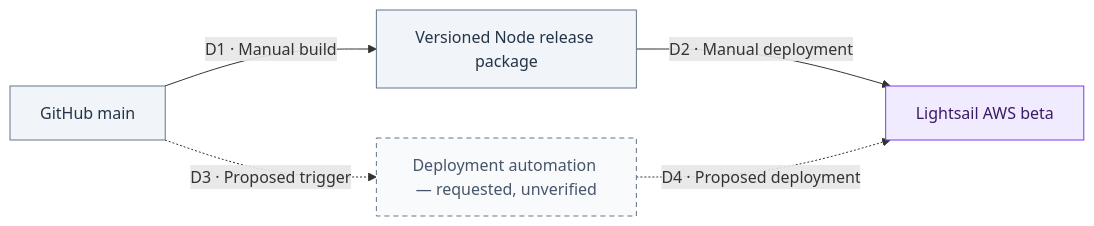
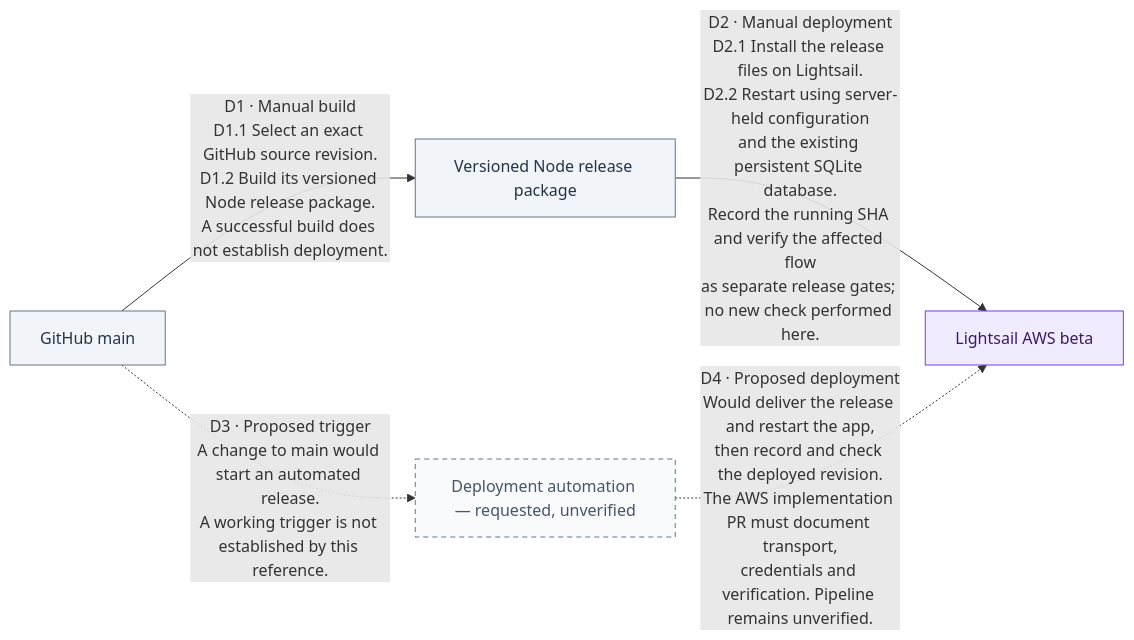
One commit to HewieTran/forrest-runs changed the second of 2 diagrams in docs/architecture.md. Above: the diagram before and after it, drawn with Mermaid. The commit also changed other lines of this file, not shown here.

Commit message:
docs: embed flow explanations inside architecture diagrams

````diff
--- a/docs/architecture.md
+++ b/docs/architecture.md
@@ -162,19 +186,33 @@
 ```mermaid
 flowchart LR
     source["GitHub main"]
     bundle["Versioned Node release package"]
     beta["Lightsail AWS beta"]
     automation["Deployment automation — requested, unverified"]
 
-    source -->|"D1 · Manual build"| bundle
-    bundle -->|"D2 · Manual deployment"| beta
-    source -.->|"D3 · Proposed trigger"| automation
-    automation -.->|"D4 · Proposed deployment"| beta
+    source -->|"`D1 · Manual build
+D1.1 Select an exact GitHub source revision.
+D1.2 Build its versioned Node release package.
+A successful build does not establish deployment.`"| bundle
+    bundle -->|"`D2 · Manual deployment
+D2.1 Install the release files on Lightsail.
+D2.2 Restart using server-held configuration
+and the existing persistent SQLite database.
+Record the running SHA and verify the affected flow
+as separate release gates; no new check performed here.`"| beta
+    source -.->|"`D3 · Proposed trigger
+A change to main would start an automated release.
+A working trigger is not established by this reference.`"| automation
+    automation -.->|"`D4 · Proposed deployment
+Would deliver the release and restart the app,
+then record and check the deployed revision.
+The AWS implementation PR must document transport,
+credentials and verification. Pipeline remains unverified.`"| beta
 
     classDef delivery fill:#F1F5F9,stroke:#64748B,color:#243447
     classDef compute fill:#F1EBFF,stroke:#7C3AED,color:#3B1A66
     classDef proposed fill:#F8FAFC,stroke:#64748B,color:#475569,stroke-dasharray:5 4
     class source,bundle delivery
     class beta compute
     class automation proposed
 ```
````
